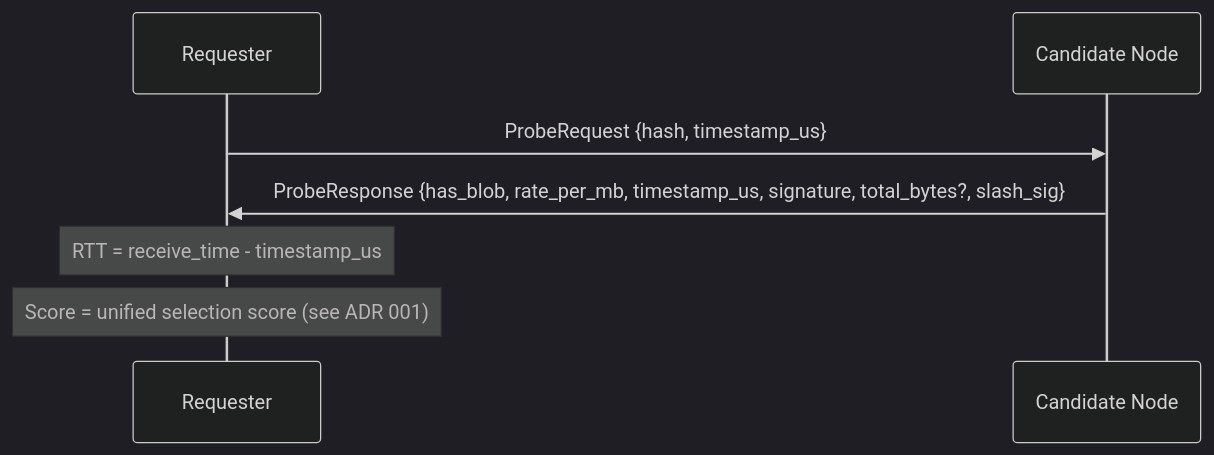
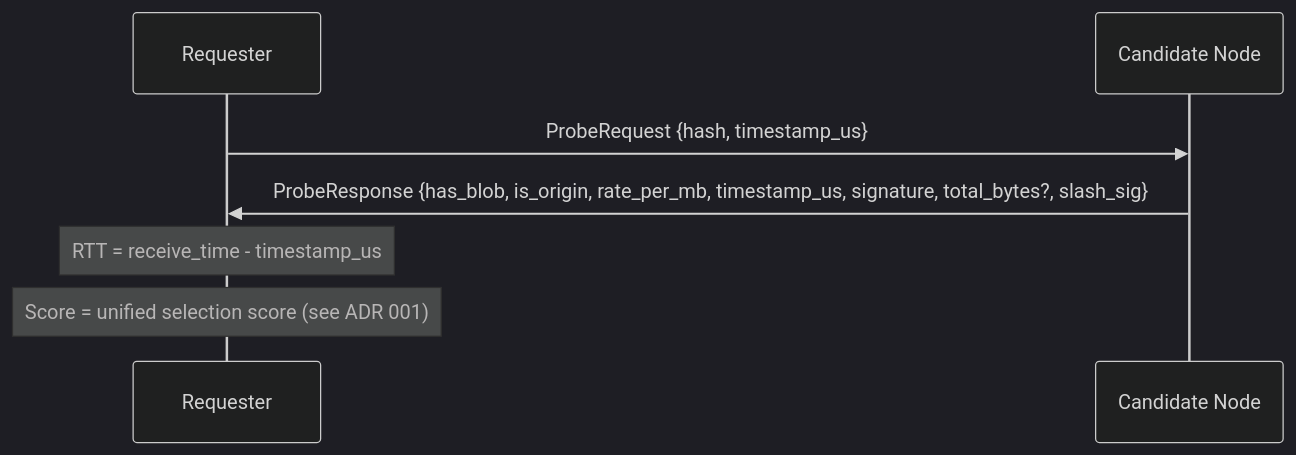
Before and after one commit to decdn/decdn: the first of 4 diagrams in adr/005-protocol.md, drawn with Mermaid (dark theme). The commit also changed other lines of this file and 8 other files, not shown here.

````diff
--- a/adr/005-protocol.md
+++ b/adr/005-protocol.md
@@ -43,11 +43,11 @@
 ```mermaid
 sequenceDiagram
     participant R as Requester
     participant C as Candidate Node
 
     R->>C: ProbeRequest {hash, timestamp_us}
-    C->>R: ProbeResponse {has_blob, rate_per_mb, timestamp_us, signature, total_bytes?, slash_sig}
+    C->>R: ProbeResponse {has_blob, is_origin, rate_per_mb, timestamp_us, signature, total_bytes?, slash_sig}
 
     Note over R: RTT = receive_time - timestamp_us
     Note over R: Score = unified selection score (see ADR 001)
 ```
````
